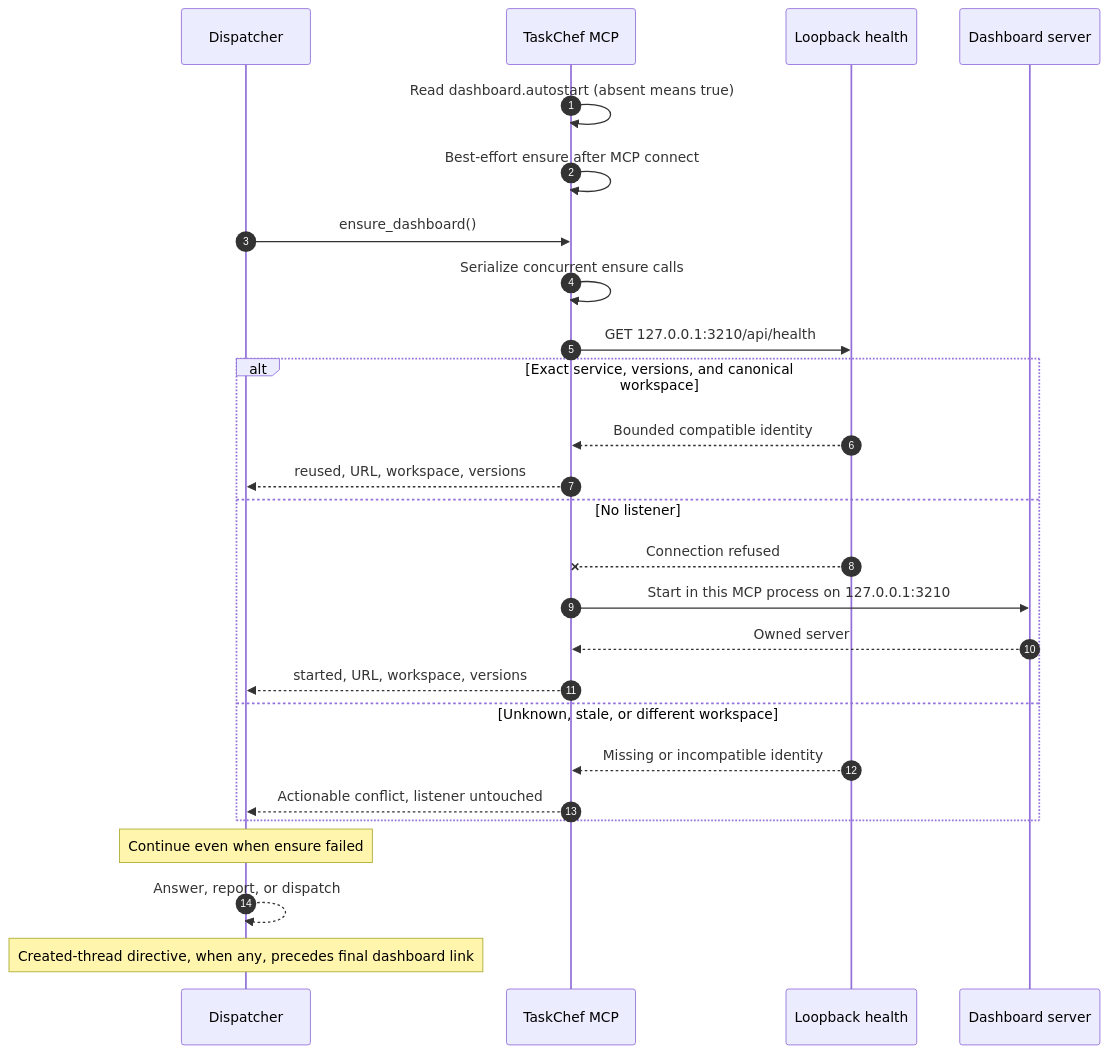
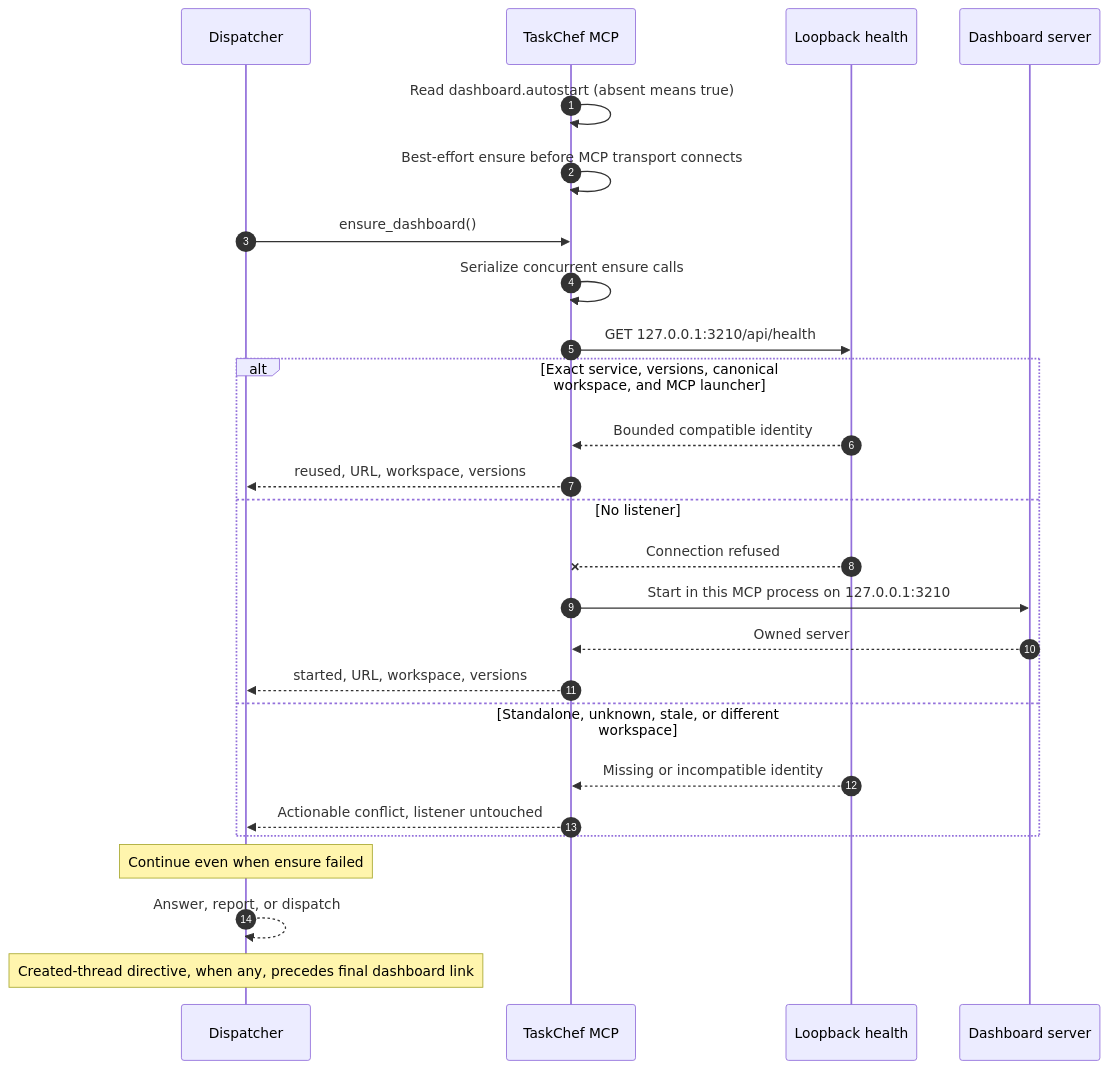
The first of 8 diagrams in docs/workflows.md (favoyang/taskchef), drawn with Mermaid before and after one commit. The commit also changed other lines of this file and 8 other files, not shown here.

````diff
--- a/docs/workflows.md
+++ b/docs/workflows.md
@@ -35,28 +35,28 @@
 ```mermaid
 sequenceDiagram
   autonumber
   participant D as Dispatcher
   participant M as TaskChef MCP
   participant H as Loopback health
   participant S as Dashboard server
   M->>M: Read dashboard.autostart (absent means true)
-  M->>M: Best-effort ensure after MCP connect
+  M->>M: Best-effort ensure before MCP transport connects
   D->>M: ensure_dashboard()
   M->>M: Serialize concurrent ensure calls
   M->>H: GET 127.0.0.1:3210/api/health
-  alt Exact service, versions, and canonical workspace
+  alt Exact service, versions, canonical workspace, and MCP launcher
     H-->>M: Bounded compatible identity
     M-->>D: reused, URL, workspace, versions
   else No listener
     H--xM: Connection refused
     M->>S: Start in this MCP process on 127.0.0.1:3210
     S-->>M: Owned server
     M-->>D: started, URL, workspace, versions
-  else Unknown, stale, or different workspace
+  else Standalone, unknown, stale, or different workspace
     H-->>M: Missing or incompatible identity
     M-->>D: Actionable conflict, listener untouched
   end
   Note over D: Continue even when ensure failed
   D-->>D: Answer, report, or dispatch
   Note over D: Created-thread directive, when any, precedes final dashboard link
 ```
````
